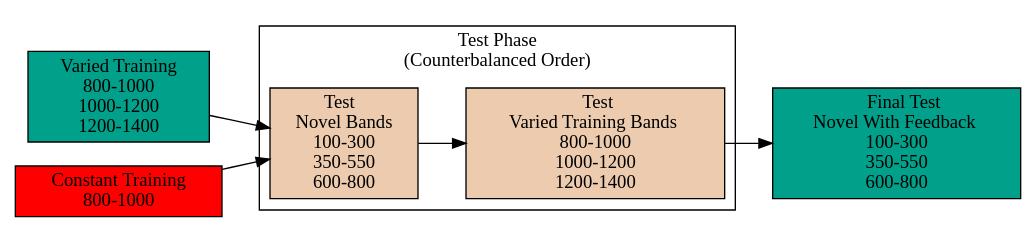
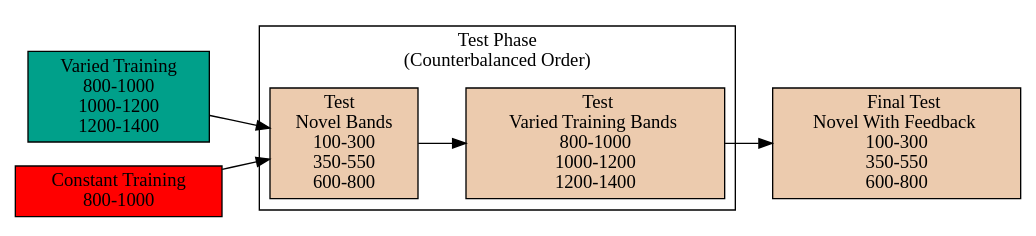
The first of 2 diagrams in Sections/HTW.qmd (tegorman13/Dissertation), drawn with Graphviz before and after one commit. The commit also changed other lines of this file and 5 other files, not shown here.

Commit message:
fix mermaid colors

````diff
--- a/Sections/HTW.qmd
+++ b/Sections/HTW.qmd
@@ -180,33 +180,33 @@
 ```{dot}
 //| label: fig-design-e1
 //| fig-cap: "Experiment 1 Design. Constant and Varied participants complete different training conditions."
 //| fig-width: 7.0
 //| fig-height: 2.5
 //| fig-responsive: false
 //| echo: false  
 ///| eval: !expr out_type 
 /////| column: screen-inset-right
 digraph {
   graph [layout = dot, rankdir = LR]
 
   // define the global styles of the nodes
   node [shape = rectangle, style = filled]
 
   data1 [label = " Varied Training \n800-1000\n1000-1200\n1200-1400", fillcolor = "#00A08A"]
   data2 [label = " Constant Training \n800-1000", fillcolor = "#FF0000"]
-  Test3 [label = "    Final Test \n  Novel With Feedback  \n100-300\n350-550\n600-800", fillcolor = "#00A08A"]
+  Test3 [label = "    Final Test \n  Novel With Feedback  \n100-300\n350-550\n600-800", fillcolor = "#ECCBAE"]
 
   // edge definitions with the node IDs
   data1 -> Test1
   data2 -> Test1
 
   subgraph cluster {
     label = "Test Phase \n(Counterbalanced Order)"
     Test1 [label = "Test  \nNovel Bands \n100-300\n350-550\n600-800", fillcolor = "#ECCBAE"]
     Test2 [label = "  Test \n  Varied Training Bands  \n800-1000\n1000-1200\n1200-1400", fillcolor = "#ECCBAE"]
     Test1 -> Test2
   }
 
   Test2 -> Test3
 }
 ```
````
